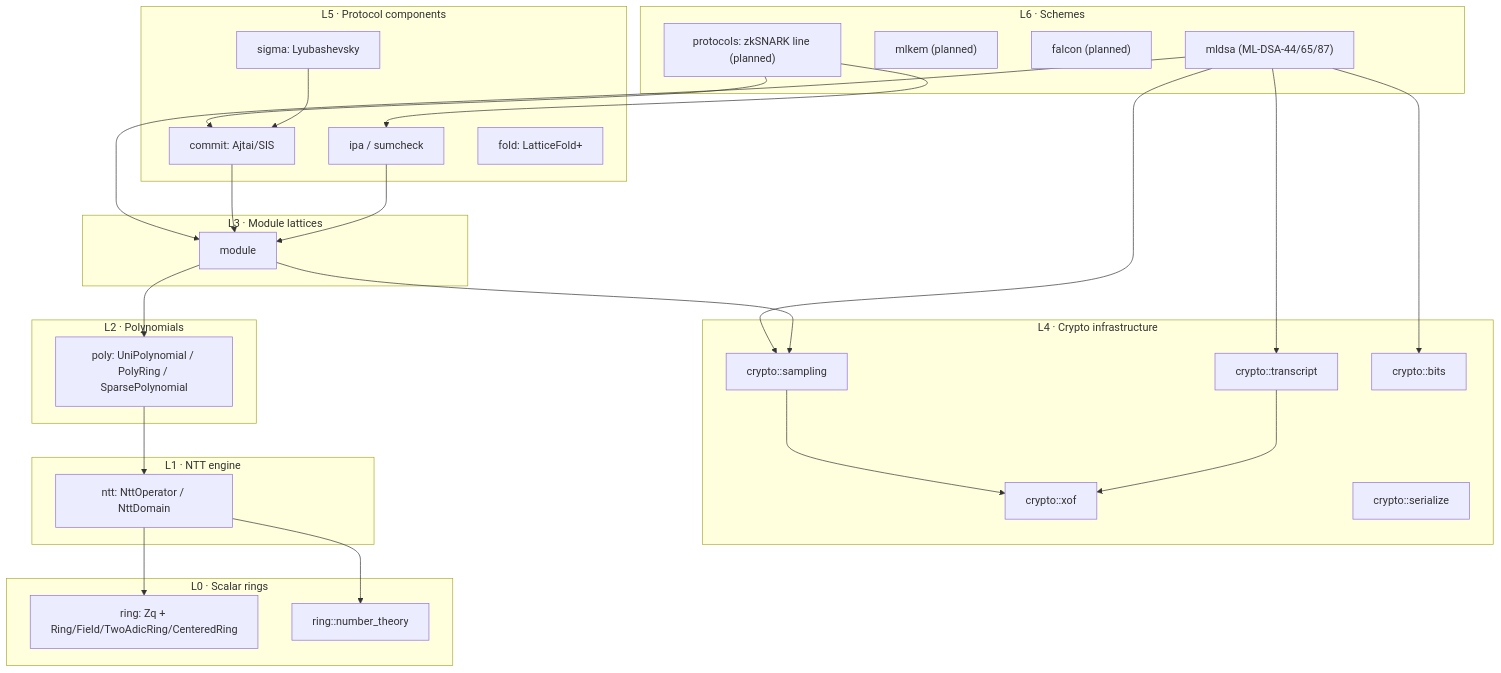
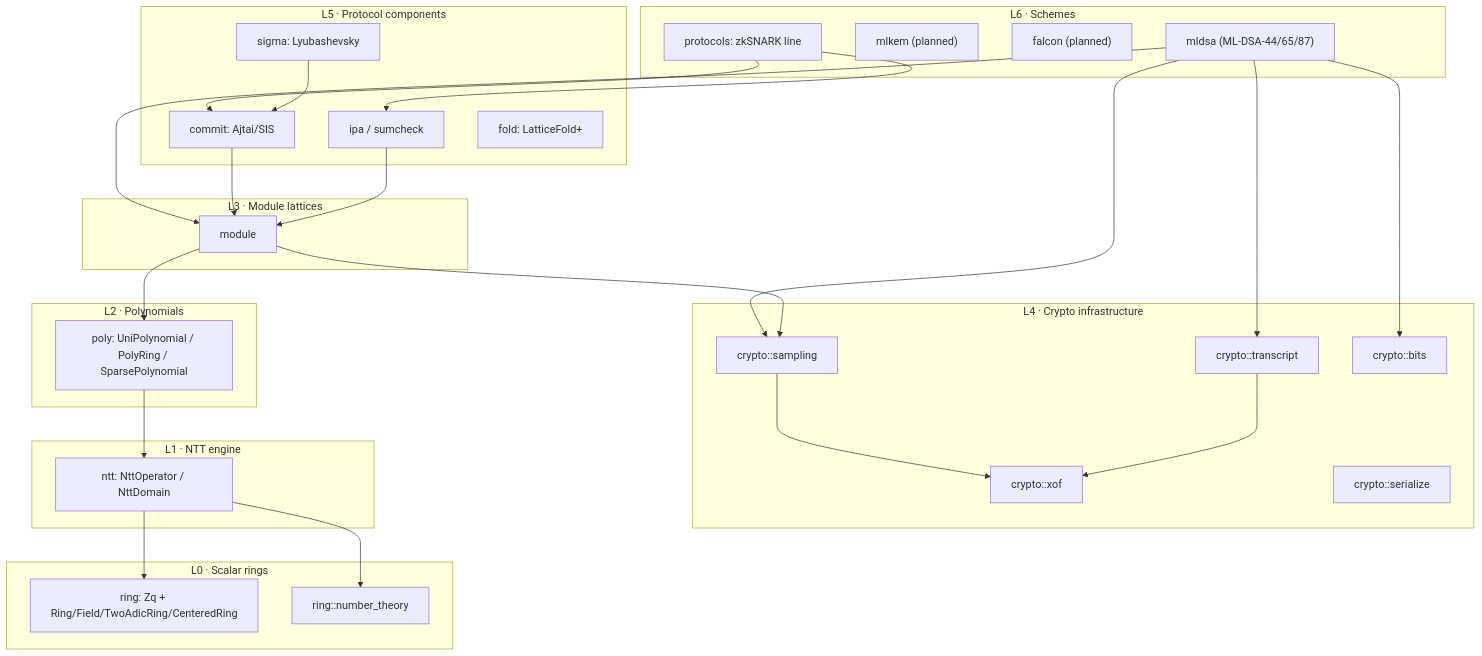
The diagram in docs/src/pages/design/module-map.mdx (SuccinctPaul/lattice-algebra-rs), drawn with Mermaid before and after one commit. The commit also changed other lines of this file and 69 other files, not shown here.

````diff
--- a/docs/src/pages/design/module-map.mdx
+++ b/docs/src/pages/design/module-map.mdx
@@ -8,51 +21,51 @@
 ```mermaid
 flowchart TB
     subgraph L6["L6 · Schemes"]
         MLDSA["mldsa (ML-DSA-44/65/87)"]
         MLKEM["mlkem (planned)"]
         FALCON["falcon (planned)"]
-        ZK["protocols: zkSNARK line (planned)"]
+        ZK["protocols: zkSNARK line"]
     end
     subgraph L5["L5 · Protocol components"]
         COMMIT["commit: Ajtai/SIS"]
         SIGMA["sigma: Lyubashevsky"]
         IPA["ipa / sumcheck"]
         FOLD["fold: LatticeFold+"]
     end
     subgraph L4["L4 · Crypto infrastructure"]
         XOF["crypto::xof"]
         SAMP["crypto::sampling"]
         TR["crypto::transcript"]
         BITS["crypto::bits"]
         SER["crypto::serialize"]
     end
     subgraph L3["L3 · Module lattices"]
         MOD["module"]
     end
     subgraph L2["L2 · Polynomials"]
         POLY["poly: UniPolynomial / PolyRing / SparsePolynomial"]
     end
     subgraph L1["L1 · NTT engine"]
         NTT["ntt: NttOperator / NttDomain"]
     end
     subgraph L0["L0 · Scalar rings"]
         RING["ring: Zq + Ring/Field/TwoAdicRing/CenteredRing"]
         NT["ring::number_theory"]
     end
     MLDSA --> MOD
     MLDSA --> SAMP
     MLDSA --> TR
     MLDSA --> BITS
     ZK --> COMMIT
     ZK --> IPA
     COMMIT --> MOD
     IPA --> MOD
     SIGMA --> COMMIT
     MOD --> POLY
     MOD --> SAMP
     POLY --> NTT
     SAMP --> XOF
     TR --> XOF
     NTT --> RING
     NTT --> NT
 ```
````
